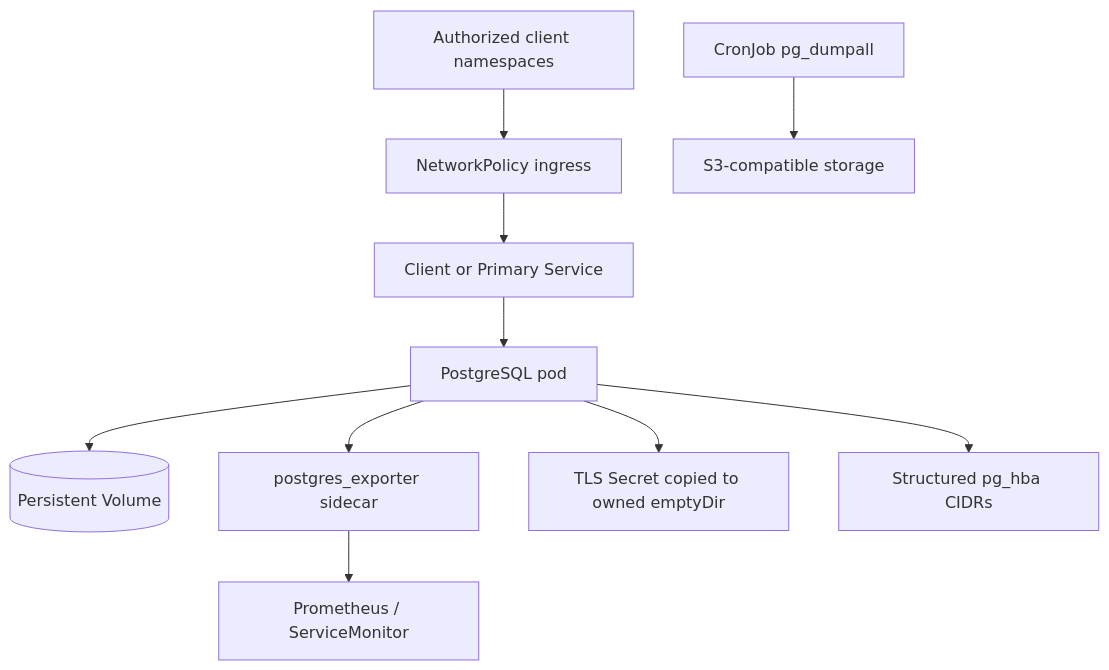
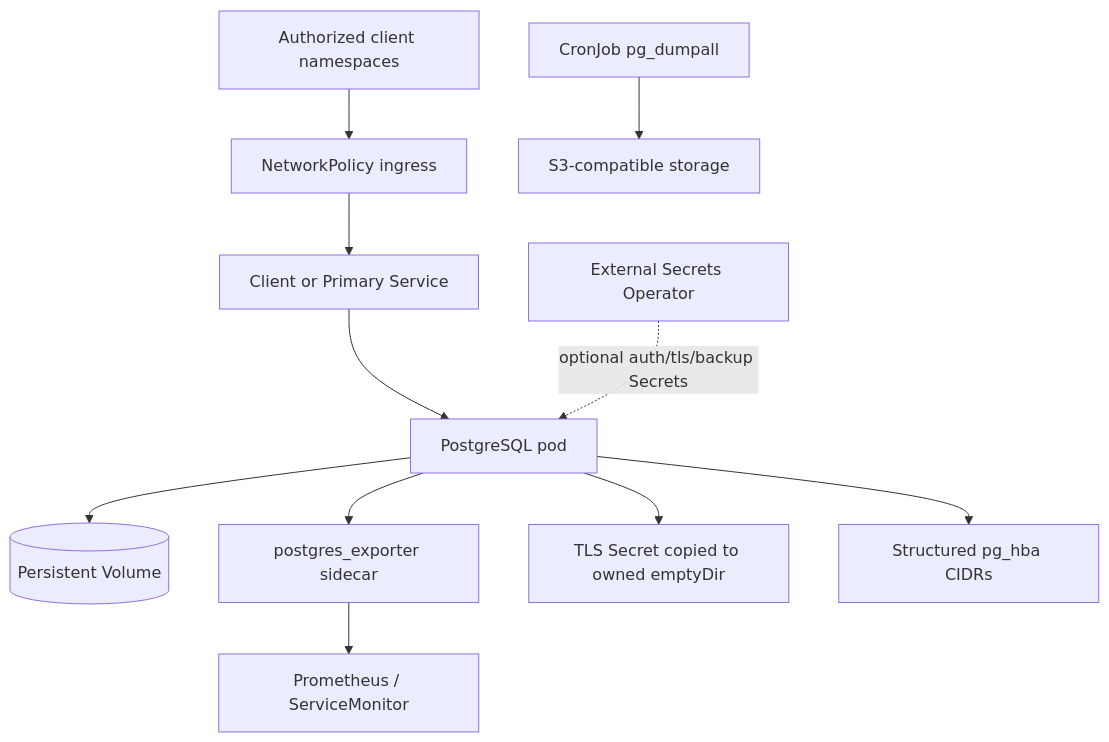
One commit to helmforgedev/charts changed the third of 3 diagrams in charts/postgresql/DESIGN.md. Above: the diagram before and after it, drawn with Mermaid. The commit also changed other lines of this file and 14 other files, not shown here.

First line of the commit message:
feat(postgresql): add optional external secrets support

````diff
--- a/charts/postgresql/DESIGN.md
+++ b/charts/postgresql/DESIGN.md
@@ -50,14 +51,15 @@
 ```mermaid
 flowchart TB
   apps[Authorized client namespaces] --> np[NetworkPolicy ingress]
   np --> svc[Client or Primary Service]
   svc --> pg[PostgreSQL pod]
 
   pg --> pvc[(Persistent Volume)]
   pg --> metrics[postgres_exporter sidecar]
   pg --> tls[TLS Secret copied to owned emptyDir]
   pg --> hba[Structured pg_hba CIDRs]
+  eso[External Secrets Operator] -. optional auth/tls/backup Secrets .-> pg
 
   backup[CronJob pg_dumpall] --> s3[S3-compatible storage]
   metrics --> prom[Prometheus / ServiceMonitor]
 ```
````
